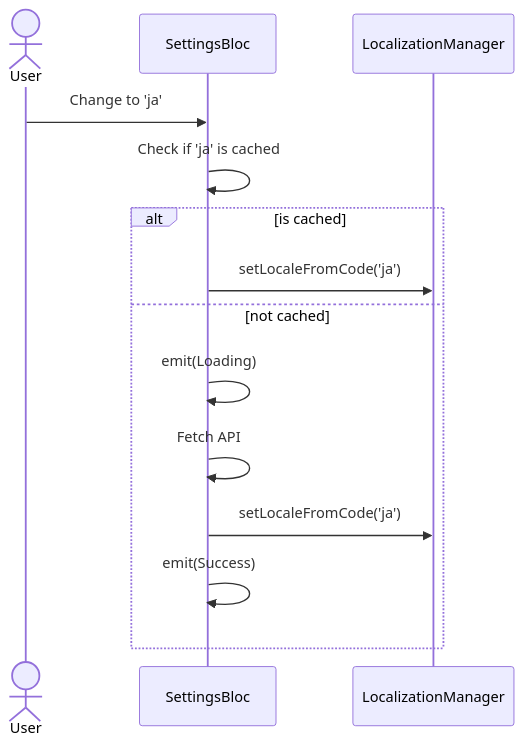
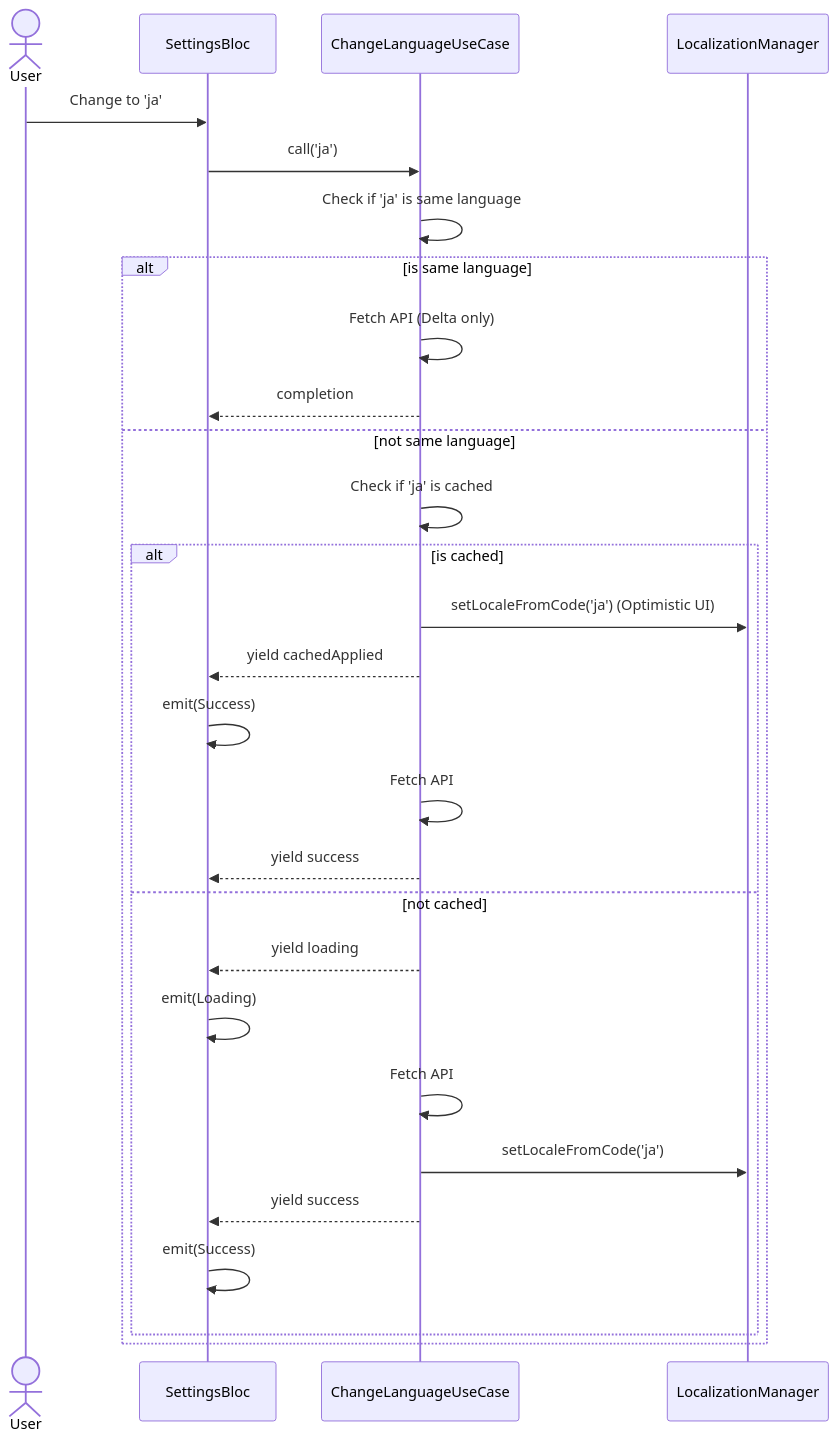
The third of 3 diagrams in .devtool/epic/settings_bugfixes/settings_bugfixes.vi.md (DanhDue/bloc_digital_wallet), drawn with Mermaid before and after one commit. The commit also changed other lines of this file and 15 other files, not shown here.

````diff
--- a/.devtool/epic/settings_bugfixes/settings_bugfixes.vi.md
+++ b/.devtool/epic/settings_bugfixes/settings_bugfixes.vi.md
@@ -45,17 +49,31 @@
 ```mermaid
 sequenceDiagram
     actor User
     participant Bloc as SettingsBloc
+    participant UC as ChangeLanguageUseCase
     participant LM as LocalizationManager
     
     User->>Bloc: Change to 'ja'
-    Bloc->>Bloc: Check if 'ja' is cached
-    alt is cached
-        Bloc->>LM: setLocaleFromCode('ja')
-    else not cached
-        Bloc->>Bloc: emit(Loading)
-        Bloc->>Bloc: Fetch API
-        Bloc->>LM: setLocaleFromCode('ja')
-        Bloc->>Bloc: emit(Success)
+    Bloc->>UC: call('ja')
+    UC->>UC: Check if 'ja' is same language
+    alt is same language
+        UC->>UC: Fetch API (Delta only)
+        UC-->>Bloc: completion
+    else not same language
+        UC->>UC: Check if 'ja' is cached
+        alt is cached
+            UC->>LM: setLocaleFromCode('ja') (Optimistic UI)
+            UC-->>Bloc: yield cachedApplied
+            Bloc->>Bloc: emit(Success)
+            UC->>UC: Fetch API
+            UC-->>Bloc: yield success
+        else not cached
+            UC-->>Bloc: yield loading
+            Bloc->>Bloc: emit(Loading)
+            UC->>UC: Fetch API
+            UC->>LM: setLocaleFromCode('ja')
+            UC-->>Bloc: yield success
+            Bloc->>Bloc: emit(Success)
+        end
     end
 ```
````
